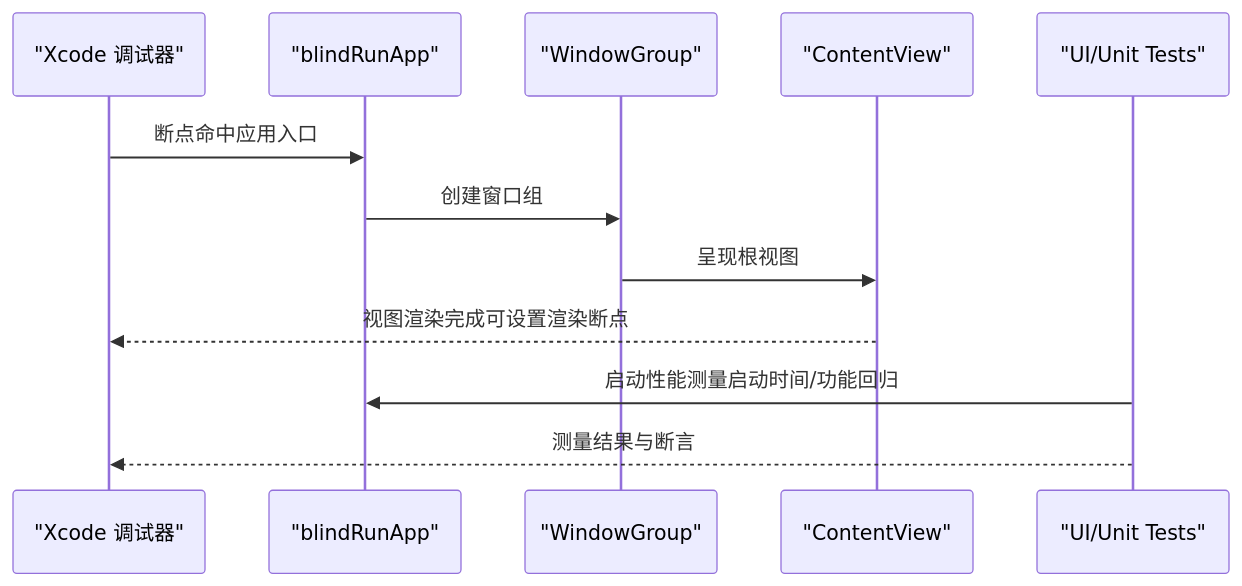
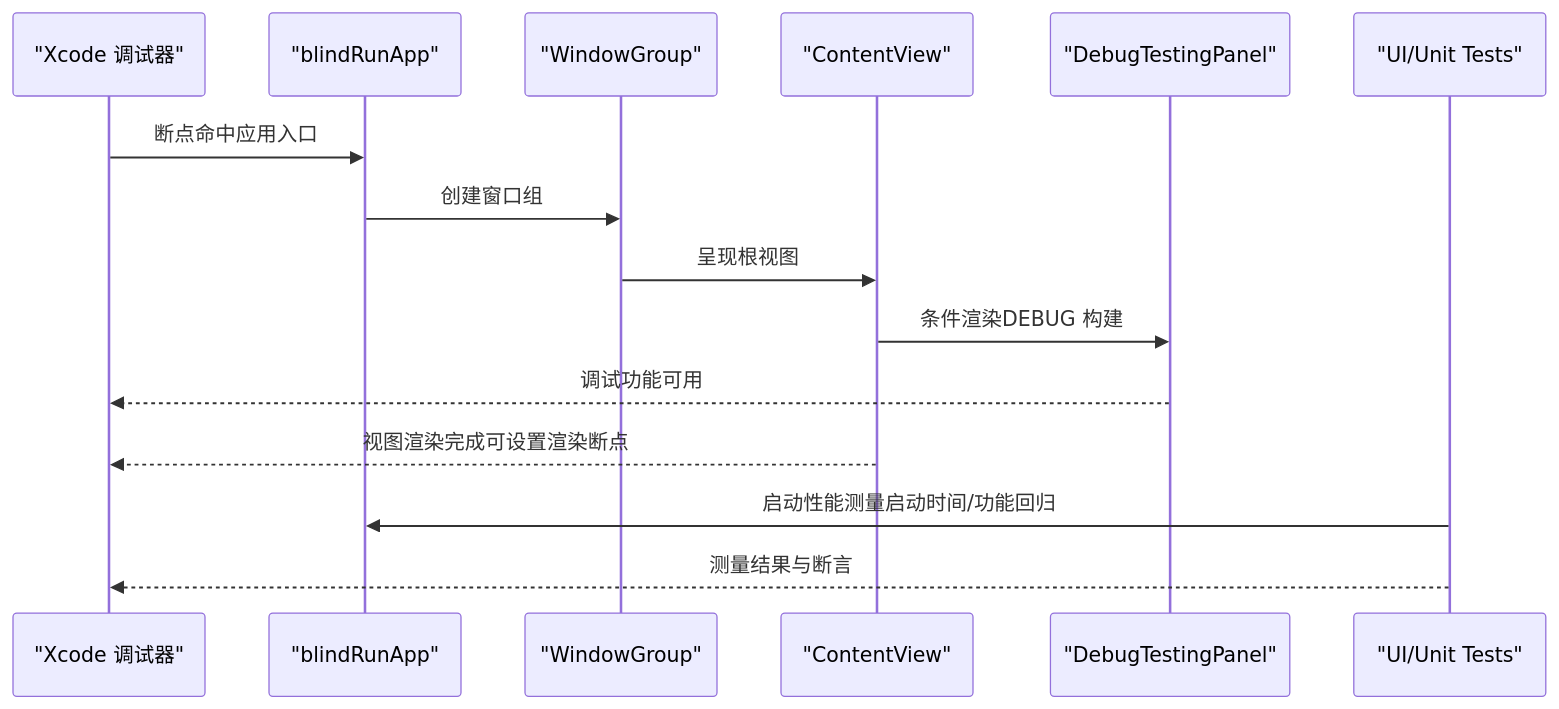
The second of 8 diagrams in .qoder/repowiki/zh/content/开发指南/调试与性能优化.md (Jayden23018/blind-run-ios), drawn with Mermaid before and after one commit. The commit also changed other lines of this file and 24 other files, not shown here.

````diff
--- a/.qoder/repowiki/zh/content/开发指南/调试与性能优化.md
+++ b/.qoder/repowiki/zh/content/开发指南/调试与性能优化.md
@@ -91,14 +111,17 @@
 ```mermaid
 sequenceDiagram
 participant IDE as "Xcode 调试器"
 participant App as "blindRunApp"
 participant Scene as "WindowGroup"
 participant View as "ContentView"
+participant DebugPanel as "DebugTestingPanel"
 participant Test as "UI/Unit Tests"
 IDE->>App : 断点命中应用入口
 App->>Scene : 创建窗口组
 Scene->>View : 呈现根视图
+View->>DebugPanel : 条件渲染DEBUG 构建
+DebugPanel-->>IDE : 调试功能可用
 View-->>IDE : 视图渲染完成可设置渲染断点
 Test->>App : 启动性能测量启动时间/功能回归
 Test-->>IDE : 测量结果与断言
 ```
````
